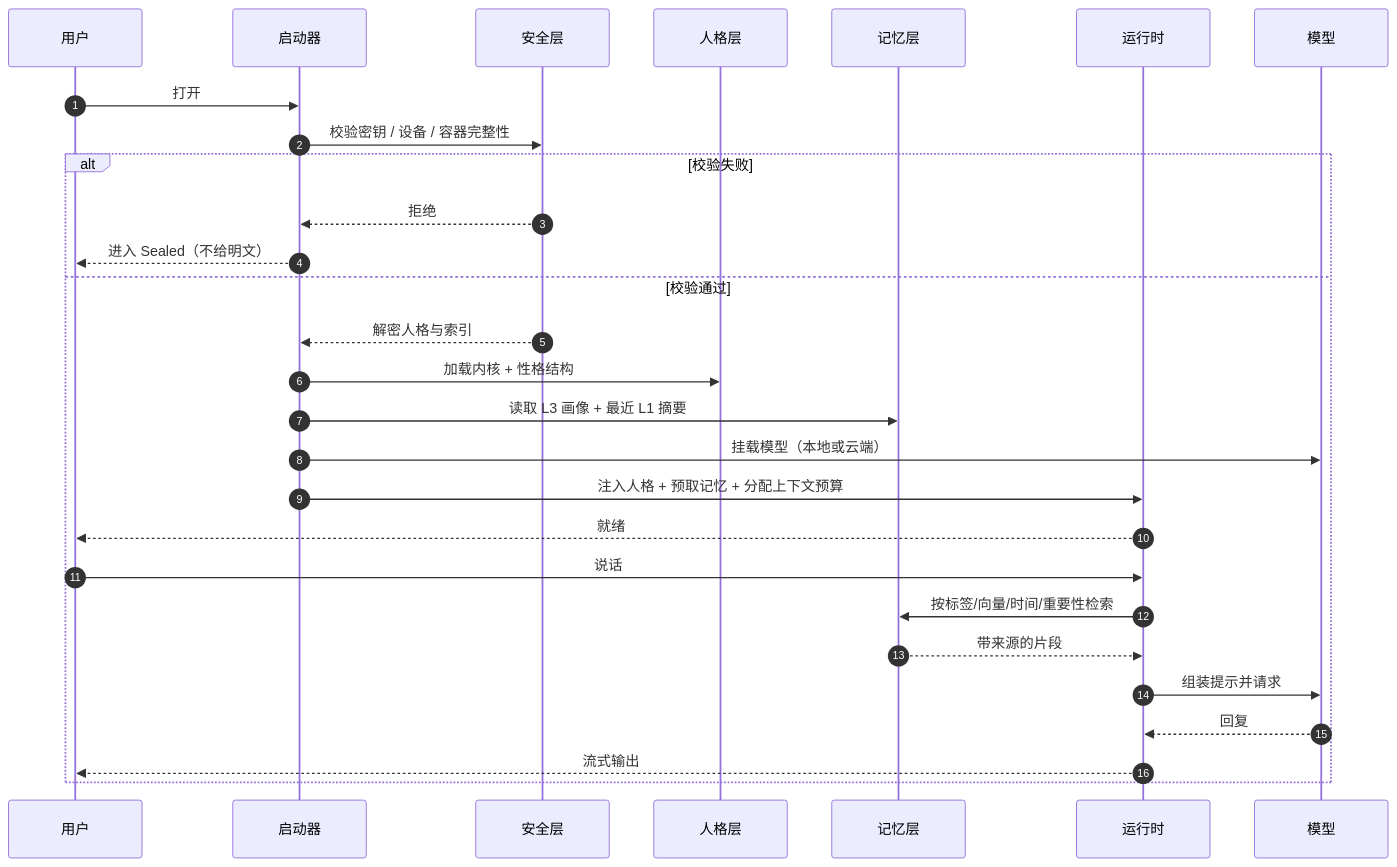
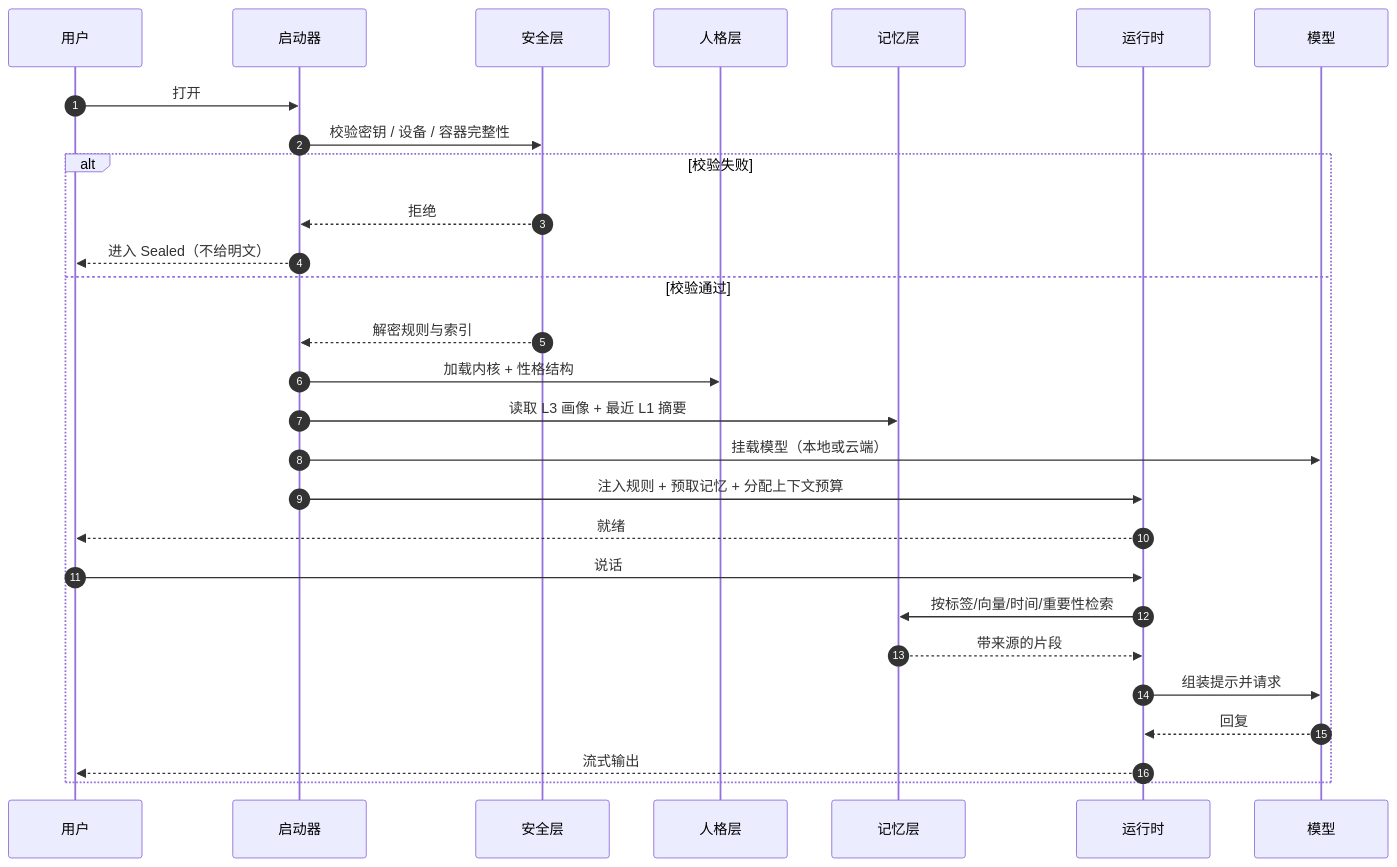
The third of 3 diagrams in docs/STATE-MACHINE.md (576984518/SysPersona-OS), drawn with Mermaid before and after one commit. The commit also changed other lines of this file and 22 other files, not shown here.

````diff
--- a/docs/STATE-MACHINE.md
+++ b/docs/STATE-MACHINE.md
@@ -95,31 +95,31 @@
 ```mermaid
 sequenceDiagram
     autonumber
     participant U as 用户
     participant L as 启动器
     participant V as 安全层
     participant P as 人格层
     participant M as 记忆层
     participant R as 运行时
     participant X as 模型
 
     U->>L: 打开
     L->>V: 校验密钥 / 设备 / 容器完整性
     alt 校验失败
         V-->>L: 拒绝
         L-->>U: 进入 Sealed（不给明文）
     else 校验通过
-        V-->>L: 解密人格与索引
+        V-->>L: 解密规则与索引
         L->>P: 加载内核 + 性格结构
         L->>M: 读取 L3 画像 + 最近 L1 摘要
         L->>X: 挂载模型（本地或云端）
-        L->>R: 注入人格 + 预取记忆 + 分配上下文预算
+        L->>R: 注入规则 + 预取记忆 + 分配上下文预算
         R-->>U: 就绪
         U->>R: 说话
         R->>M: 按标签/向量/时间/重要性检索
         M-->>R: 带来源的片段
         R->>X: 组装提示并请求
         X-->>R: 回复
         R-->>U: 流式输出
     end
 ```
````
